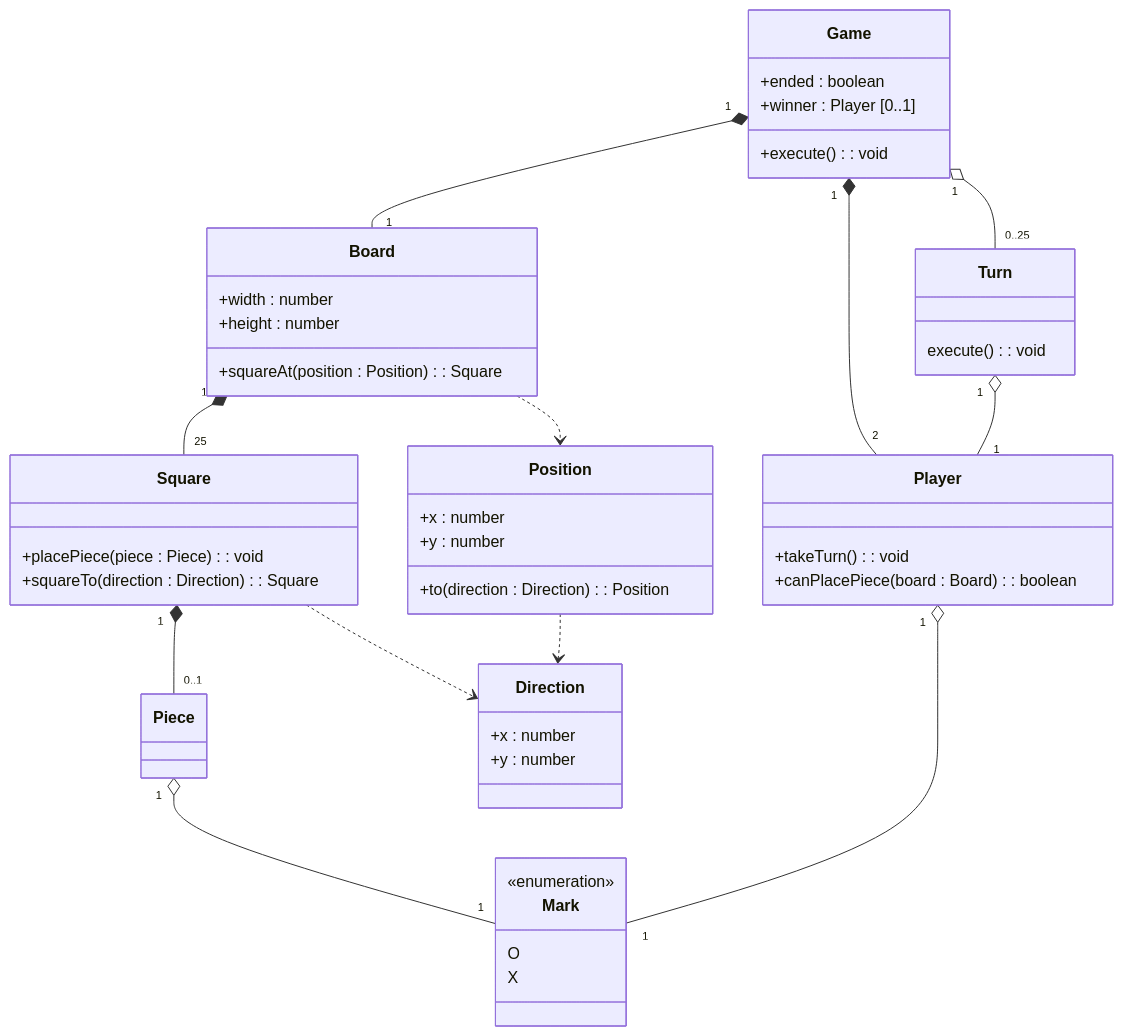
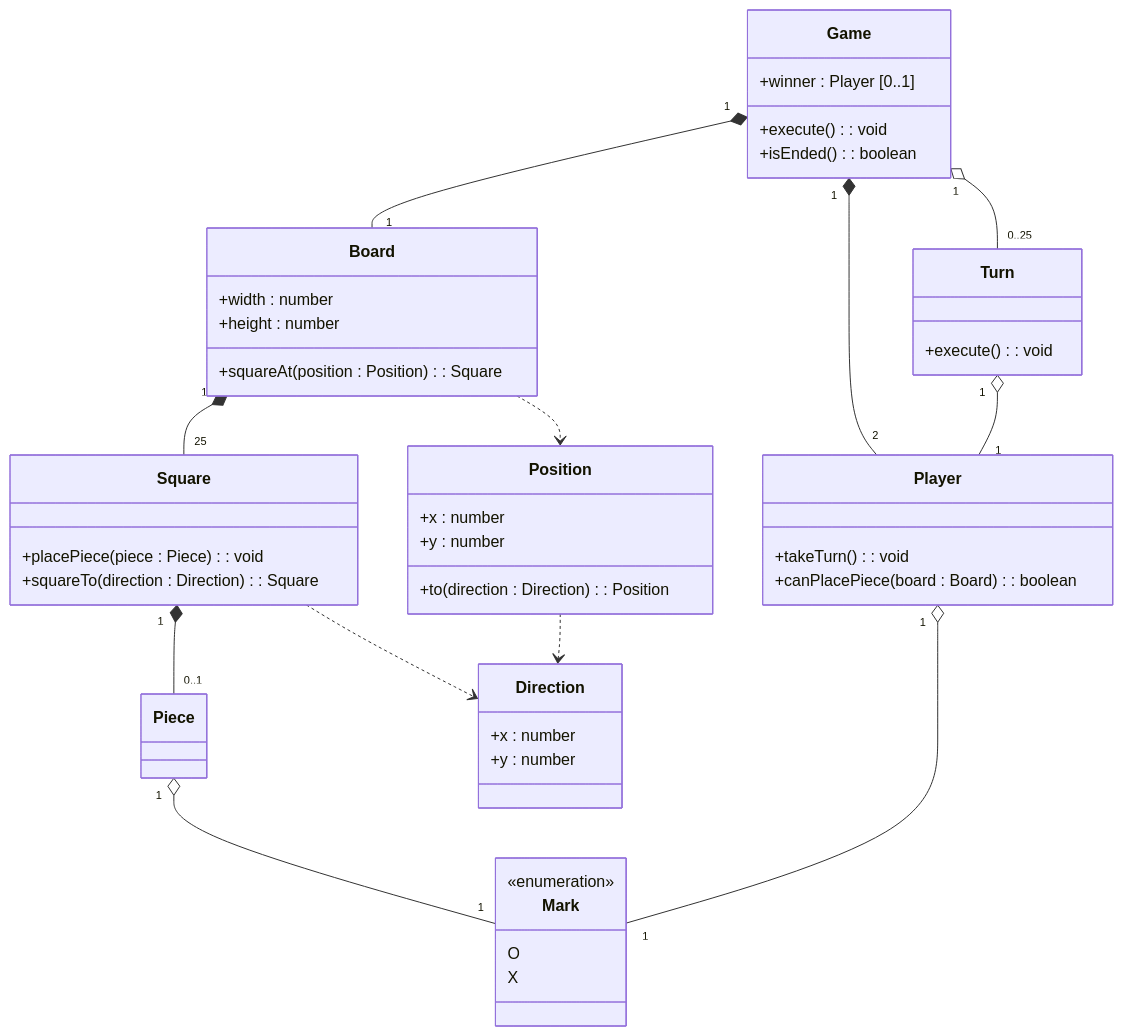
One commit to fixiabis/relati changed the first of 2 diagrams in docs/appendices/relati-classic/class-diagrams.md. Above: the diagram before and after it, drawn with Mermaid. The commit also changed other lines of this file, not shown here.

Commit message:
文件: 領域導向設計類別圖

````diff
--- a/docs/appendices/relati-classic/class-diagrams.md
+++ b/docs/appendices/relati-classic/class-diagrams.md
@@ -5,60 +5,60 @@
 ```mermaid
 classDiagram
   class Game {
-    +ended : boolean
     +winner : Player [0..1]
     +execute(): void
+    +isEnded(): boolean
   }
 
   class Turn {
-    execute(): void
+    +execute(): void
   }
 
   class Player {
     +takeTurn(): void
     +canPlacePiece(board : Board): boolean
   }
 
   class Board {
     +width : number
     +height : number
     +squareAt(position : Position): Square
   }
 
   class Square {
     +placePiece(piece : Piece): void
     +squareTo(direction : Direction): Square
   }
 
   class Piece {
   }
 
   class Mark {
     <<enumeration>>
     O
     X
   }
 
   class Position {
     +x : number
     +y : number
     +to(direction : Direction): Position
   }
 
   class Direction {
     +x : number
     +y : number
   }
 
   Game "1" *-- "1" Board
   Game "1" *-- "2" Player
   Game "1" o-- "0..25" Turn
   Turn "1" o-- "1" Player
   Player "1" o-- "1" Mark
   Board "1" *-- "25" Square
   Square "1" *-- "0..1" Piece
   Piece "1" o-- "1" Mark
   Board ..> Position
   Square ..> Direction
   Position ..> Direction
 ```
````
